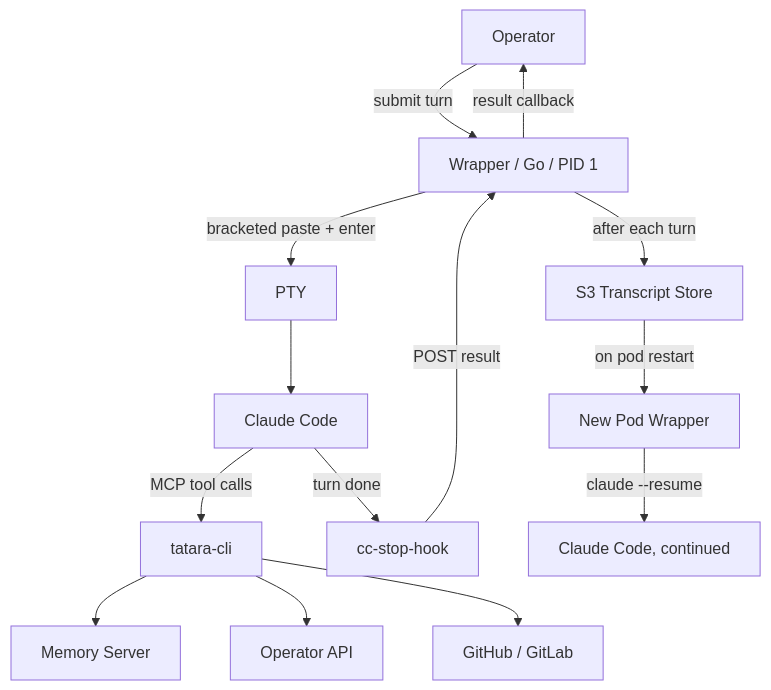
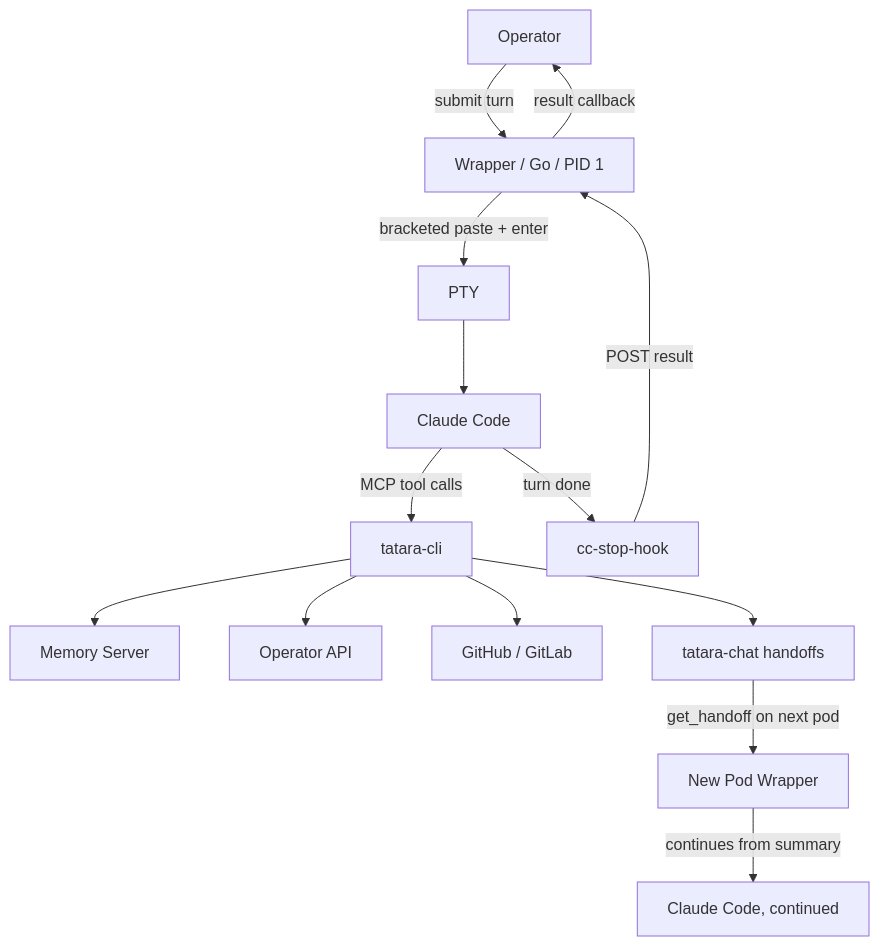
Before and after one commit to szymonrychu/tatara-documentation: the third of 3 diagrams in docs/explainers/agent-sessions.md, drawn with Mermaid. The commit also changed other lines of this file and 44 other files, not shown here.

````diff
--- a/docs/explainers/agent-sessions.md
+++ b/docs/explainers/agent-sessions.md
@@ -198,16 +204,16 @@
 ```mermaid
 graph TD
     OP[Operator] -->|submit turn| WR[Wrapper / Go / PID 1]
     WR -->|bracketed paste + enter| PTY[PTY]
     PTY --> CL[Claude Code]
     CL -->|MCP tool calls| CLI[tatara-cli]
     CLI --> MEM[Memory Server]
     CLI --> OPAPI[Operator API]
     CLI --> SCM[GitHub / GitLab]
+    CLI --> CHAT[tatara-chat handoffs]
     CL -->|turn done| HOOK[cc-stop-hook]
     HOOK -->|POST result| WR
-    WR -->|after each turn| S3[S3 Transcript Store]
     WR -->|result callback| OP
-    S3 -->|on pod restart| WR2[New Pod Wrapper]
-    WR2 -->|claude --resume| CL2[Claude Code, continued]
+    CHAT -->|get_handoff on next pod| WR2[New Pod Wrapper]
+    WR2 -->|continues from summary| CL2[Claude Code, continued]
 ```
````
